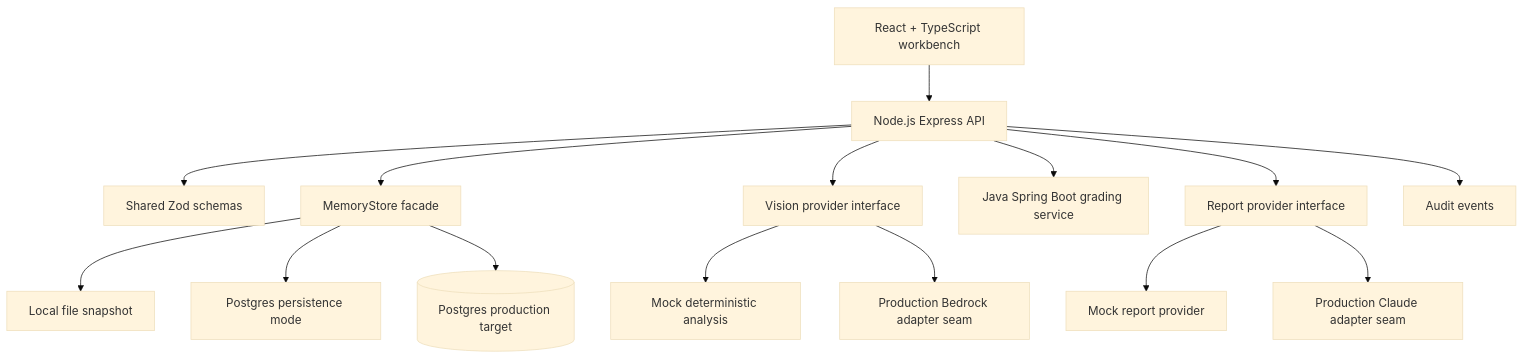
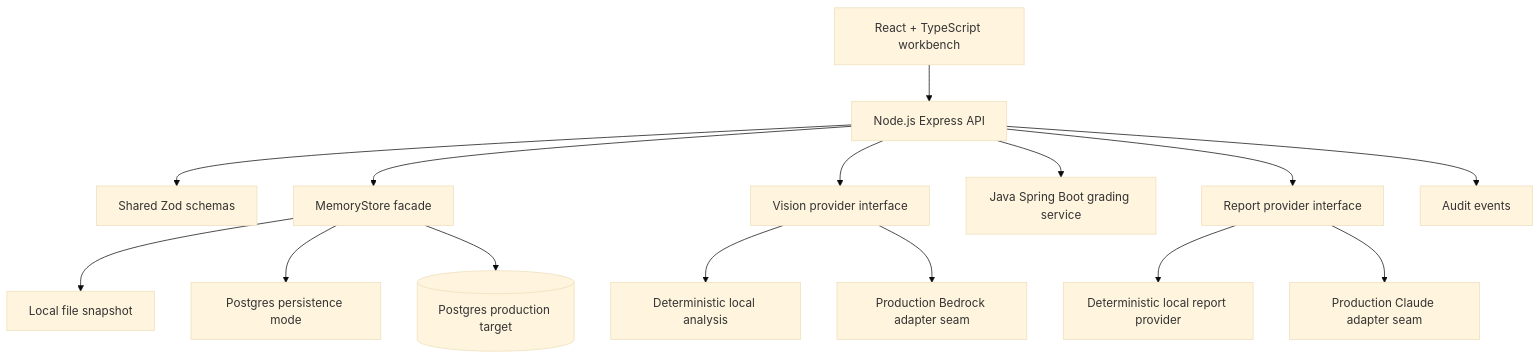
One commit to manynames3/inspectiq changed the diagram in README.md. Above: the diagram before and after it, drawn with Mermaid (base theme). The commit also changed other lines of this file and 7 other files, not shown here.

Commit message:
Strengthen repo positioning and architecture docs

````diff
--- a/README.md
+++ b/README.md
@@ -35,17 +53,17 @@
 ```mermaid
 flowchart TD
   Web[React + TypeScript workbench] --> API[Node.js Express API]
   API --> Shared[Shared Zod schemas]
   API --> Store[MemoryStore facade]
   Store --> FileStore[Local file snapshot]
   Store --> PostgresStore[Postgres persistence mode]
   API --> Vision[Vision provider interface]
-  Vision --> MockVision[Mock deterministic analysis]
+  Vision --> LocalVision[Deterministic local analysis]
   Vision --> BedrockVision[Production Bedrock adapter seam]
   API --> Grade[Java Spring Boot grading service]
   API --> Report[Report provider interface]
-  Report --> MockReport[Mock report provider]
+  Report --> LocalReport[Deterministic local report provider]
   Report --> BedrockReport[Production Claude adapter seam]
   API --> Audit[Audit events]
   Store --> PG[(Postgres production target)]
 ```
````
